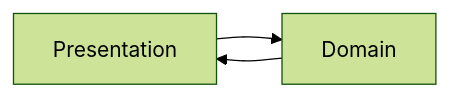
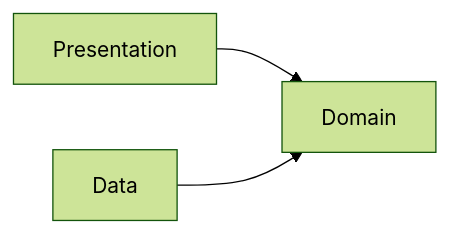
Before and after one commit to LemonAppDev/konsist: the diagram in lib/src/architectureIntegrationTest/kotlin/com/lemonappdev/konsist/architecture3/README.md, drawn with Mermaid. The commit also changed other lines of this file and 36 other files, not shown here.

Commit message:
remove unnecessary architecture test package `architecture3` with circular dependency

````diff
--- a/lib/src/architectureIntegrationTest/kotlin/com/lemonappdev/konsist/architecture3/README.md
+++ b/lib/src/architectureIntegrationTest/kotlin/com/lemonappdev/konsist/architecture3/README.md
@@ -6,6 +6,5 @@
 ```mermaid
 %%{init: {'theme': 'forest'}}%%
 flowchart LR
-    Presentation  --> Domain 
-    Domain --> Presentation
+    Presentation & Data --> Domain
 ```
````
